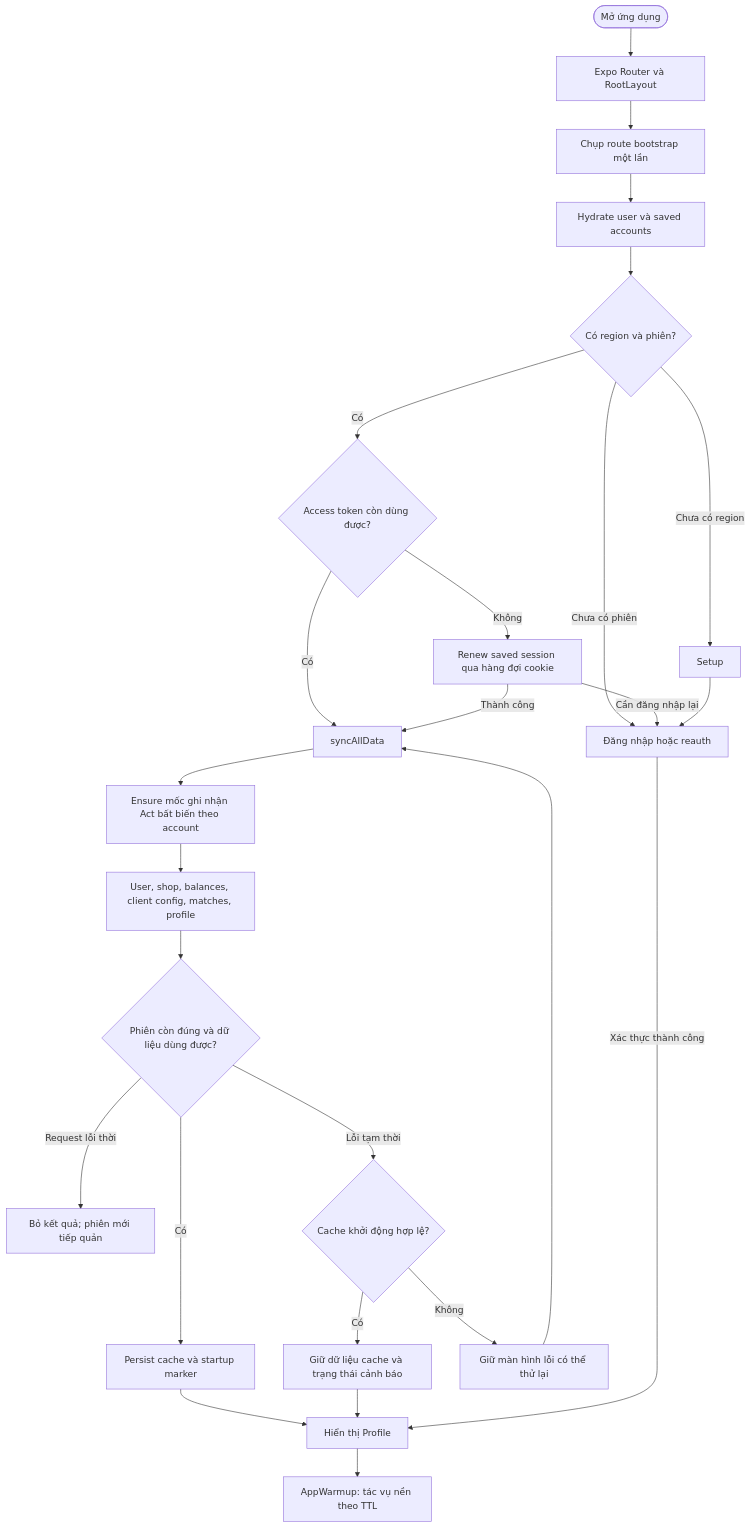
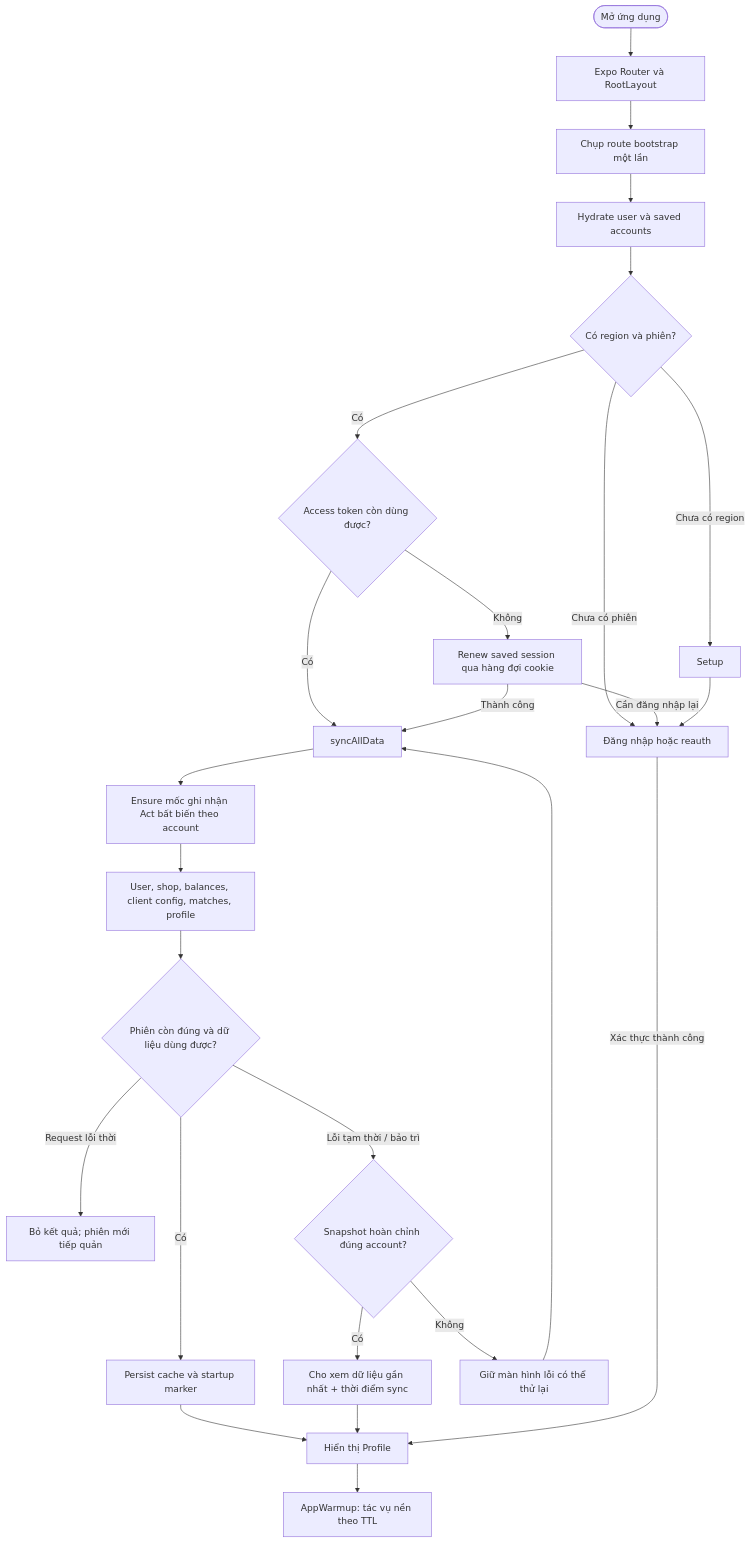
Before and after one commit to GinzaTech/Vshop: the diagram in markdown/01-flowchart.md, drawn with Mermaid. The commit also changed other lines of this file and 16 other files, not shown here.

````diff
--- a/markdown/01-flowchart.md
+++ b/markdown/01-flowchart.md
@@ -5,28 +5,28 @@
 ```mermaid
 flowchart TD
     A([Mở ứng dụng]) --> B[Expo Router và RootLayout]
     B --> B1[Chụp route bootstrap một lần]
     B1 --> C[Hydrate user và saved accounts]
     C --> D{Có region và phiên?}
     D -- Chưa có region --> E[Setup]
     D -- Chưa có phiên --> F[Đăng nhập hoặc reauth]
     D -- Có --> G{Access token còn dùng được?}
     G -- Không --> H[Renew saved session qua hàng đợi cookie]
     G -- Có --> I[syncAllData]
     H -- Thành công --> I
     H -- Cần đăng nhập lại --> F
     I --> I1[Ensure mốc ghi nhận Act bất biến theo account]
     I1 --> J[User, shop, balances, client config, matches, profile]
     J --> K{Phiên còn đúng và dữ liệu dùng được?}
     K -- Có --> L[Persist cache và startup marker]
     L --> M[Hiển thị Profile]
     M --> N[AppWarmup: tác vụ nền theo TTL]
     K -- Request lỗi thời --> O[Bỏ kết quả; phiên mới tiếp quản]
-    K -- Lỗi tạm thời --> P{Cache khởi động hợp lệ?}
-    P -- Có --> Q[Giữ dữ liệu cache và trạng thái cảnh báo]
+    K -- Lỗi tạm thời / bảo trì --> P{Snapshot hoàn chỉnh đúng account?}
+    P -- Có --> Q[Cho xem dữ liệu gần nhất + thời điểm sync]
     Q --> M
     P -- Không --> R[Giữ màn hình lỗi có thể thử lại]
     R --> I
     E --> F
     F -- Xác thực thành công --> M
 ```
````
